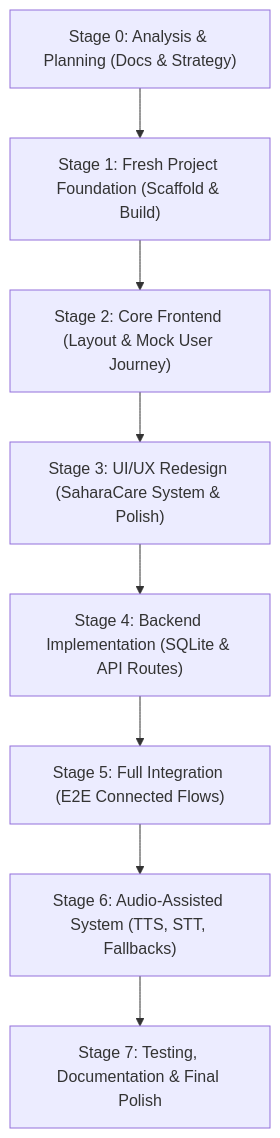
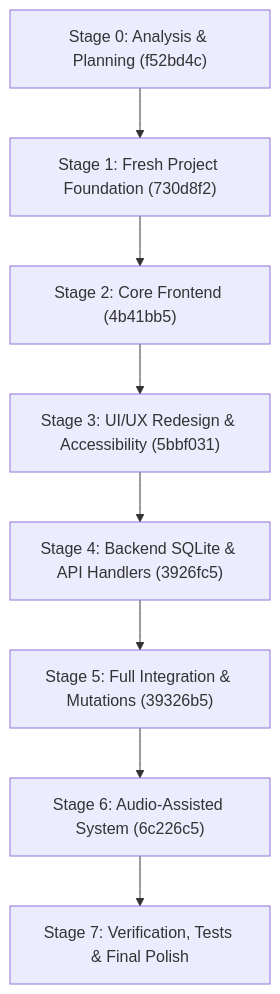
Before and after one commit to Arun7076/saharacare: the diagram in CODEFEST_PLAN.md, drawn with Mermaid. The commit also changed other lines of this file and 3 other files, not shown here.

Commit message:
test: verify and finalise SaharaCare MVP

````diff
--- a/CODEFEST_PLAN.md
+++ b/CODEFEST_PLAN.md
@@ -87,10 +87,10 @@
 ```mermaid
 flowchart TD
-    S0["Stage 0: Analysis & Planning (Docs & Strategy)"] --> S1["Stage 1: Fresh Project Foundation (Scaffold & Build)"]
-    S1 --> S2["Stage 2: Core Frontend (Layout & Mock User Journey)"]
-    S2 --> S3["Stage 3: UI/UX Redesign (SaharaCare System & Polish)"]
-    S3 --> S4["Stage 4: Backend Implementation (SQLite & API Routes)"]
-    S4 --> S5["Stage 5: Full Integration (E2E Connected Flows)"]
-    S5 --> S6["Stage 6: Audio-Assisted System (TTS, STT, Fallbacks)"]
-    S6 --> S7["Stage 7: Testing, Documentation & Final Polish"]
+    S0["Stage 0: Analysis & Planning (f52bd4c)"] --> S1["Stage 1: Fresh Project Foundation (730d8f2)"]
+    S1 --> S2["Stage 2: Core Frontend (4b41bb5)"]
+    S2 --> S3["Stage 3: UI/UX Redesign & Accessibility (5bbf031)"]
+    S3 --> S4["Stage 4: Backend SQLite & API Handlers (3926fc5)"]
+    S4 --> S5["Stage 5: Full Integration & Mutations (39326b5)"]
+    S5 --> S6["Stage 6: Audio-Assisted System (6c226c5)"]
+    S6 --> S7["Stage 7: Verification, Tests & Final Polish"]
 ```
````
